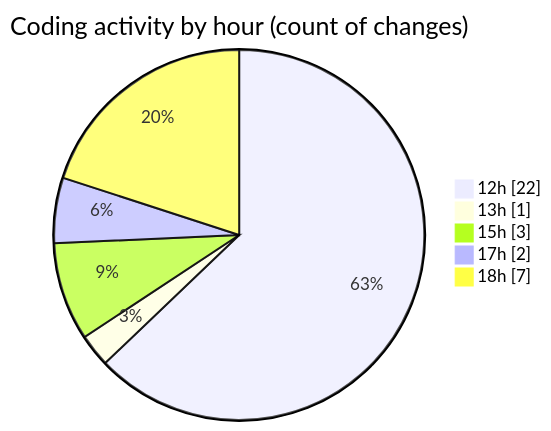
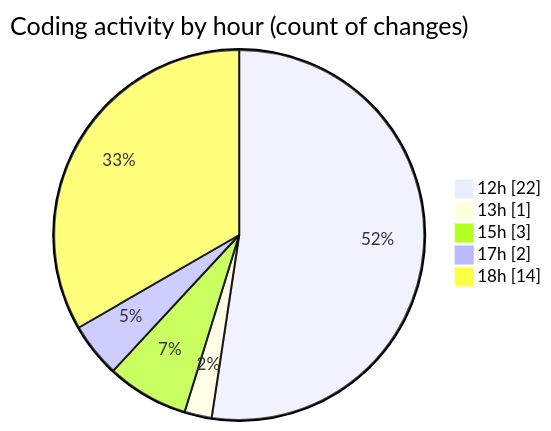
One commit to nxtqubesakshisongat/code-tracking changed the second of 2 diagrams in 2025-05-16/argos-dev/README.md. Above: the diagram before and after it, drawn with Mermaid. The commit also changed other lines of this file and 1 other file, not shown here.

````diff
--- a/2025-05-16/argos-dev/README.md
+++ b/2025-05-16/argos-dev/README.md
@@ -31,9 +32,9 @@
 ```mermaid
 pie showData
 title Coding activity by hour (count of changes)
 "12h" : 22
 "13h" : 1
 "15h" : 3
 "17h" : 2
-"18h" : 7
+"18h" : 14
 ```
````
